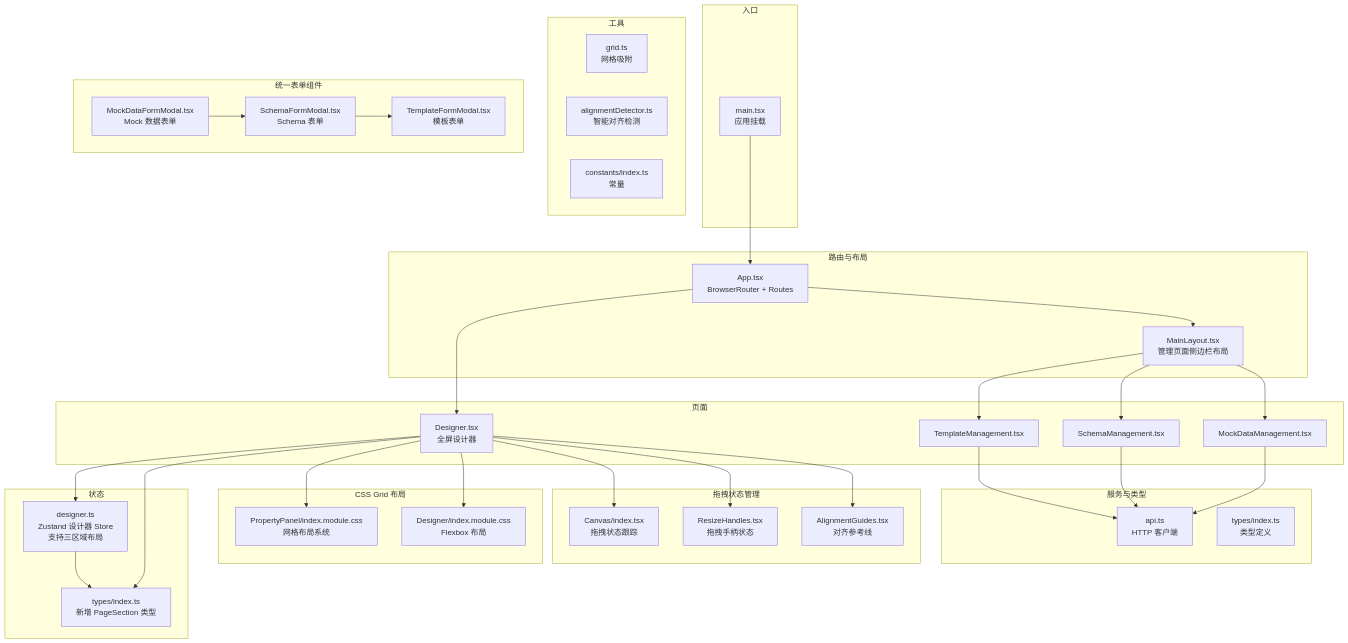
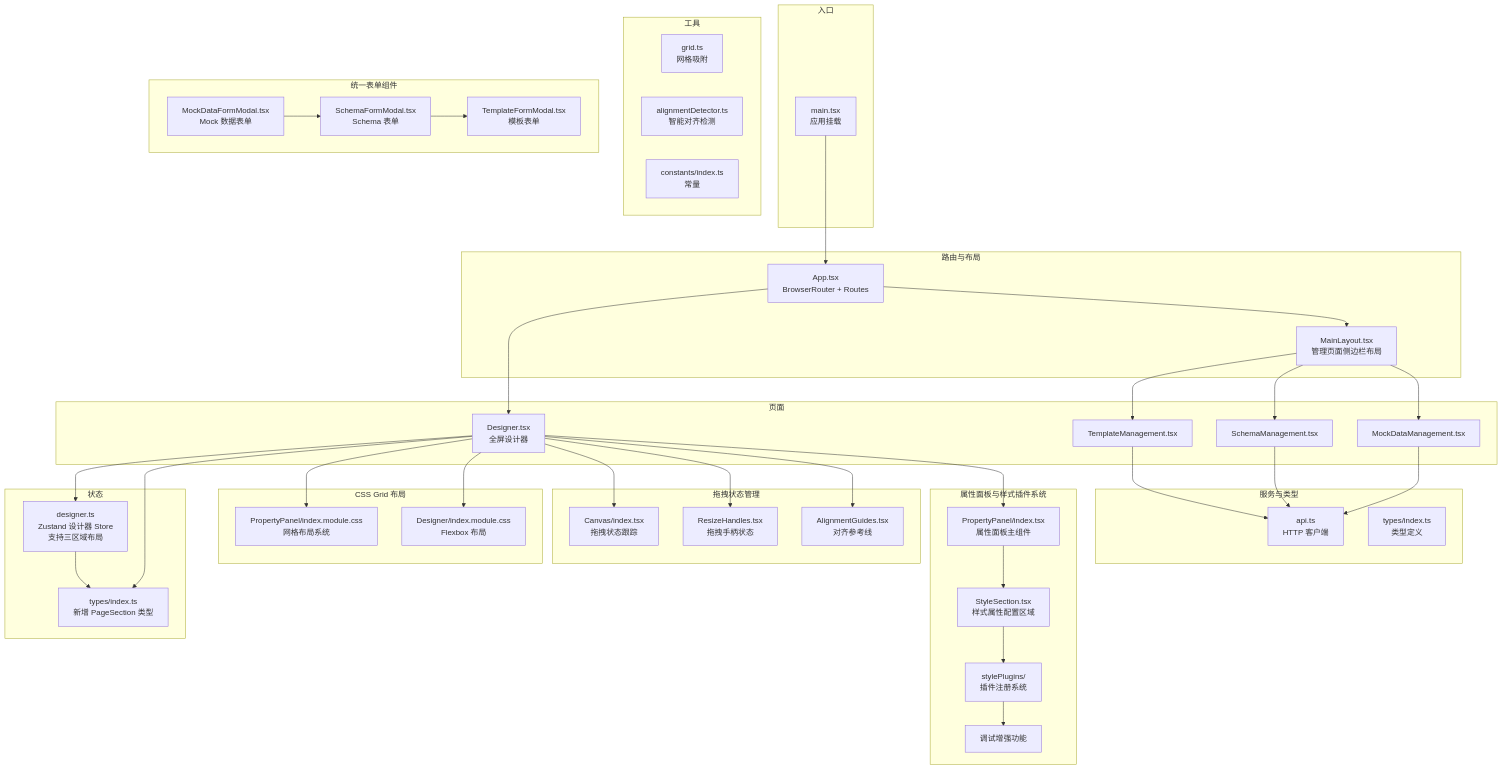
Before and after one commit to joker-yjc/printer: the first of 15 diagrams in .qoder/repowiki/zh/content/设计器前端应用/架构设计.md, drawn with Mermaid. The commit also changed other lines of this file and 3 other files, not shown here.

````diff
--- a/.qoder/repowiki/zh/content/设计器前端应用/架构设计.md
+++ b/.qoder/repowiki/zh/content/设计器前端应用/架构设计.md
@@ -74,62 +83,72 @@
 ```mermaid
 graph TB
 subgraph "入口"
 A["main.tsx<br/>应用挂载"]
 end
 subgraph "路由与布局"
 B["App.tsx<br/>BrowserRouter + Routes"]
 C["MainLayout.tsx<br/>管理页面侧边栏布局"]
 end
 subgraph "页面"
 D["Designer.tsx<br/>全屏设计器"]
 E["TemplateManagement.tsx"]
 F["SchemaManagement.tsx"]
 G["MockDataManagement.tsx"]
 end
 subgraph "状态"
 H["designer.ts<br/>Zustand 设计器 Store<br/>支持三区域布局"]
 I["types/index.ts<br/>新增 PageSection 类型"]
 end
 subgraph "服务与类型"
 J["api.ts<br/>HTTP 客户端"]
 K["types/index.ts<br/>类型定义"]
 end
 subgraph "工具"
 L["grid.ts<br/>网格吸附"]
 M["alignmentDetector.ts<br/>智能对齐检测"]
 N["constants/index.ts<br/>常量"]
 end
 subgraph "统一表单组件"
 O["MockDataFormModal.tsx<br/>Mock 数据表单"]
 P["SchemaFormModal.tsx<br/>Schema 表单"]
 Q["TemplateFormModal.tsx<br/>模板表单"]
 end
 subgraph "CSS Grid 布局"
 R["PropertyPanel/index.module.css<br/>网格布局系统"]
 S["Designer/index.module.css<br/>Flexbox 布局"]
 end
 subgraph "拖拽状态管理"
 T["Canvas/index.tsx<br/>拖拽状态跟踪"]
 U["ResizeHandles.tsx<br/>拖拽手柄状态"]
 V["AlignmentGuides.tsx<br/>对齐参考线"]
 end
+subgraph "属性面板与样式插件系统"
+W["PropertyPanel/index.tsx<br/>属性面板主组件"]
+X["StyleSection.tsx<br/>样式属性配置区域"]
+Y["stylePlugins/<br/>插件注册系统"]
+Z["调试增强功能"]
+end
 A --> B
 B --> D
 B --> C
 C --> E
 C --> F
 C --> G
 D --> H
 D --> I
 D --> R
 D --> S
 D --> T
 D --> U
 D --> V
+D --> W
+W --> X
+X --> Y
+Y --> Z
 E --> J
 F --> J
 G --> J
 H --> I
 O --> P
 P --> Q
 ```
````
